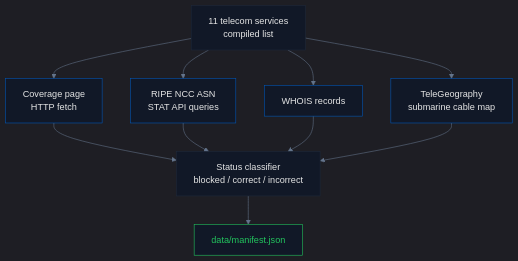
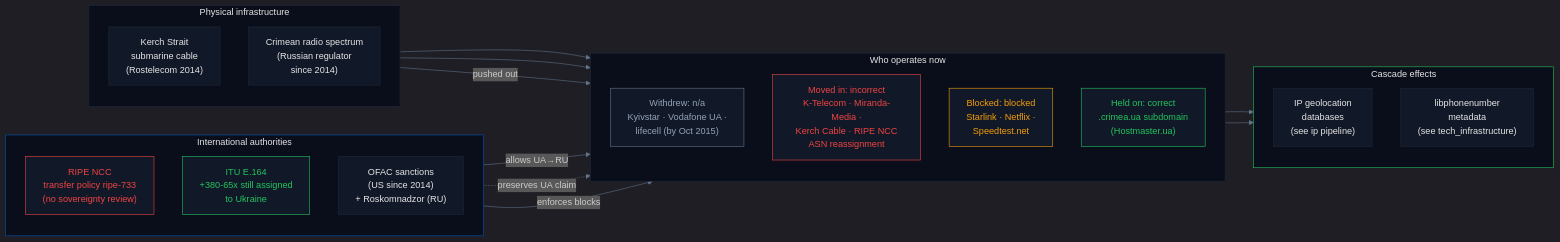
Before and after one commit to IvanDobrovolsky/crimeaisukraine: the diagram in pipelines/telecom/README.md, drawn with Mermaid. The commit also changed other lines of this file and 9 other files, not shown here.

First line of the commit message:
Telecom + IP + Media pipelines: definitive briefings with live data, supply-chain diagrams, statistics, methodology clarifications

````diff
--- a/pipelines/telecom/README.md
+++ b/pipelines/telecom/README.md
@@ -50,21 +11,55 @@
 ```mermaid
 %%{init: {'theme': 'dark', 'themeVariables': {'primaryColor': '#0057b7', 'primaryTextColor': '#e5e5e5', 'lineColor': '#64748b', 'primaryBorderColor': '#1e293b'}}}%%
-graph TB
-    A["11 telecom services<br/>compiled list"] --> B["Coverage page<br/>HTTP fetch"]
-    A --> C["RIPE NCC ASN<br/>STAT API queries"]
-    A --> D["WHOIS records"]
-    A --> E["TeleGeography<br/>submarine cable map"]
-    B --> F["Status classifier<br/>blocked / correct / incorrect"]
-    C --> F
-    D --> F
-    E --> F
-    F --> G["data/manifest.json"]
+flowchart LR
+    subgraph UPSTREAM["International authorities"]
+        direction TB
+        RIPE["RIPE NCC<br/>transfer policy ripe-733<br/>(no sovereignty review)"]
+        ITU["ITU E.164<br/>+380-65x still assigned<br/>to Ukraine"]
+        OFAC["OFAC sanctions<br/>(US since 2014)<br/>+ Roskomnadzor (RU)"]
+    end
 
-    style A fill:#111827,stroke:#1e293b,color:#e5e5e5
-    style B fill:#111827,stroke:#0057b7,color:#e5e5e5
-    style C fill:#111827,stroke:#0057b7,color:#e5e5e5
-    style D fill:#111827,stroke:#0057b7,color:#e5e5e5
-    style E fill:#111827,stroke:#0057b7,color:#e5e5e5
-    style F fill:#111827,stroke:#1e293b,color:#e5e5e5
-    style G fill:#111827,stroke:#22c55e,color:#22c55e
+    subgraph PHYSICAL["Physical infrastructure"]
+        direction TB
+        CABLE["Kerch Strait<br/>submarine cable<br/>(Rostelecom 2014)"]
+        SPECTRUM["Crimean radio spectrum<br/>(Russian regulator<br/>since 2014)"]
+    end
+
+    subgraph OPERATORS["Who operates now"]
+        direction TB
+        LEFT["Withdrew: n/a<br/>Kyivstar · Vodafone UA ·<br/>lifecell (by Oct 2015)"]
+        MOVED_IN["Moved in: incorrect<br/>K-Telecom · Miranda-Media ·<br/>Kerch Cable · RIPE NCC<br/>ASN reassignment"]
+        BLOCKED["Blocked: blocked<br/>Starlink · Netflix ·<br/>Speedtest.net"]
+        KEPT["Held on: correct<br/>.crimea.ua subdomain<br/>(Hostmaster.ua)"]
+    end
+
+    subgraph DOWNSTREAM["Cascade effects"]
+        direction TB
+        GEO["IP geolocation<br/>databases<br/>(see ip pipeline)"]
+        PHONE["libphonenumber<br/>metadata<br/>(see tech_infrastructure)"]
+    end
+
+    RIPE -->|allows UA→RU| MOVED_IN
+    ITU -.->|preserves UA claim| KEPT
+    OFAC -->|enforces blocks| BLOCKED
+    CABLE --> MOVED_IN
+    SPECTRUM --> MOVED_IN
+    SPECTRUM -->|pushed out| LEFT
+    MOVED_IN --> GEO
+    MOVED_IN --> PHONE
+
+    style UPSTREAM fill:#0a0e1a,stroke:#0057b7,color:#e5e5e5
+    style PHYSICAL fill:#0a0e1a,stroke:#1e293b,color:#e5e5e5
+    style OPERATORS fill:#0a0e1a,stroke:#1e293b,color:#e5e5e5
+    style DOWNSTREAM fill:#0a0e1a,stroke:#22c55e,color:#e5e5e5
+    style RIPE fill:#111827,stroke:#ef4444,color:#ef4444
+    style ITU fill:#111827,stroke:#22c55e,color:#22c55e
+    style OFAC fill:#111827,stroke:#1e293b,color:#e5e5e5
+    style CABLE fill:#111827,stroke:#1e293b,color:#e5e5e5
+    style SPECTRUM fill:#111827,stroke:#1e293b,color:#e5e5e5
+    style LEFT fill:#111827,stroke:#64748b,color:#94a3b8
+    style MOVED_IN fill:#111827,stroke:#ef4444,color:#ef4444
+    style BLOCKED fill:#111827,stroke:#f59e0b,color:#f59e0b
+    style KEPT fill:#111827,stroke:#22c55e,color:#22c55e
+    style GEO fill:#111827,stroke:#1e293b,color:#e5e5e5
+    style PHONE fill:#111827,stroke:#1e293b,color:#e5e5e5
 ```
````
